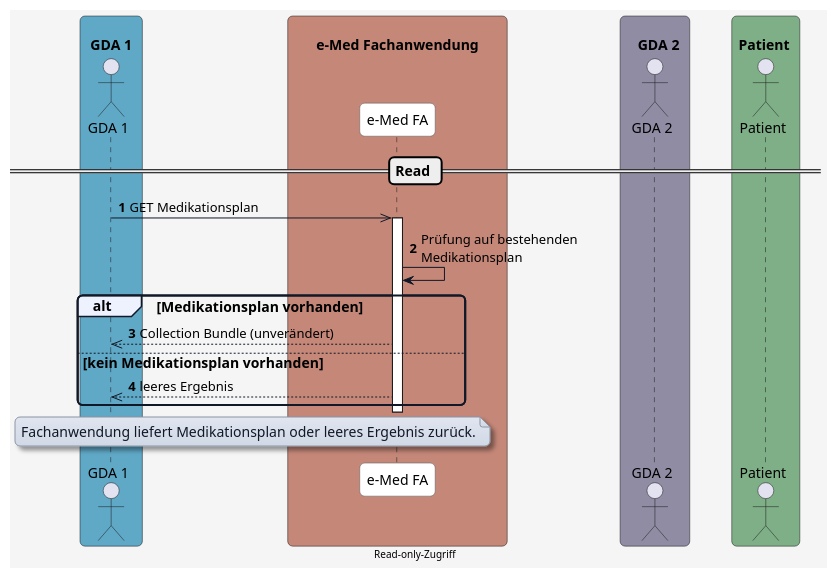
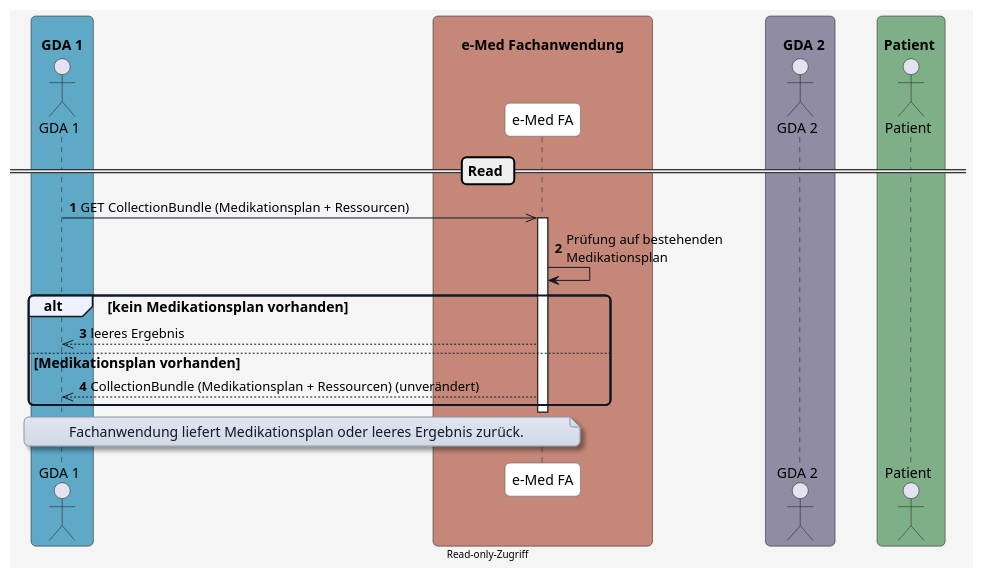
Before and after one commit to HL7Austria/ELGA-e-Medikation-R4: the diagram in input/images-source/diagram_read.plantuml, drawn with PlantUML. The commit also changed 4 other files, not shown here.

Commit message:
Update diagram

```diff
--- a/input/images-source/diagram_read.plantuml
+++ b/input/images-source/diagram_read.plantuml
@@ -1,84 +1,83 @@
 @startuml
 skinparam borderColor #000000
 skinparam backgroundColor #f5f5f5
 skinparam shadowing false
 skinparam roundCorner 10
 skinparam defaultFontName "Arial"
 skinparam defaultFontSize 14
 skinparam defaultFontColor #000000
 
 skinparam note {
   BackgroundColor #e0e5f0-#d1d9e6
   BorderColor #8b95a5
   BorderThickness 1
   RoundCorner 8
   Padding 6
   FontColor #111827
   Shadowing true
 }
 
 skinparam HyperlinkColor #0000EE
 skinparam HyperlinkUnderline false
 
 skinparam sequence {
   ParticipantBorderColor #555555
   ParticipantBackgroundColor #ffffff
   ParticipantFontColor #000000
   ParticipantFontSize 14
   ParticipantPadding 20
   ArrowColor #111827
   ArrowThickness 1
   ArrowFontColor #000000
   ArrowFontSize 13
   GroupBorderColor #111827
   GroupBackgroundColor #eef2ff
   GroupBorderThickness 2
 }
 
 skinparam BoxPadding 20
 skinparam BoxBorderColor #555555
 
 box "\n  GDA 1  " #5FA8C6
   actor GDA_1 as "GDA 1"
 end box
 
 box "\n       e-Med Fachanwendung       " #C48778
   participant eMed_FA as "e-Med FA"
 end box
 
 box "\n    GDA 2  " #8F8CA3
   actor GDA_2 as "GDA 2"
 end box
 
 box "\n Patient  " #7FAF87
   actor Patient as "Patient"
 end box
 
 
 autonumber
 
 == Read ==
 
-GDA_1 ->> eMed_FA: GET Medikationsplan
+GDA_1 ->> eMed_FA: GET CollectionBundle (Medikationsplan + Ressourcen)
 
 activate eMed_FA
 eMed_FA -> eMed_FA: Prüfung auf bestehenden\nMedikationsplan
 
-alt Medikationsplan vorhanden
-  eMed_FA -->> GDA_1: Collection Bundle (unverändert)
-
-else kein Medikationsplan vorhanden
+alt kein Medikationsplan vorhanden
   eMed_FA -->> GDA_1: leeres Ergebnis
+else Medikationsplan vorhanden
+  eMed_FA -->> GDA_1: CollectionBundle (Medikationsplan + Ressourcen) (unverändert)
 end
 
 deactivate eMed_FA
 
 note over GDA_1, eMed_FA
 Fachanwendung liefert Medikationsplan oder leeres Ergebnis zurück.
 end note
 
 deactivate eMed_FA
 
 center footer Read-only-Zugriff
 
 @enduml
```
